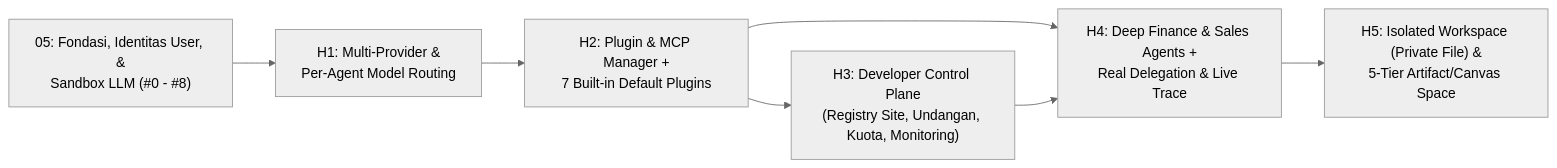
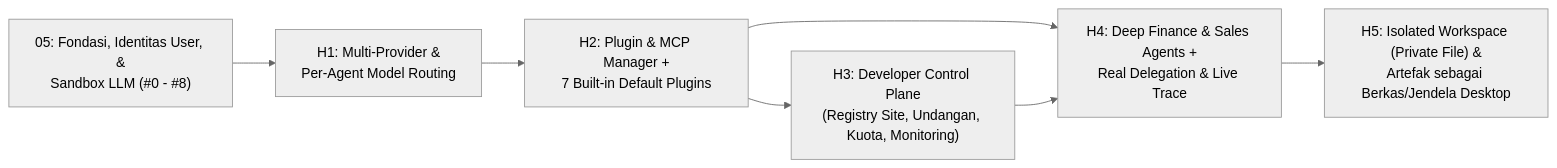
The diagram in docs/06-roadmap-pengembangan-harness.md (Tenshi1308/aios-frappe-16), drawn with Mermaid (neutral theme) before and after one commit. The commit also changed other lines of this file and 8 other files, not shown here.

````diff
--- a/docs/06-roadmap-pengembangan-harness.md
+++ b/docs/06-roadmap-pengembangan-harness.md
@@ -18,9 +18,9 @@
 ```mermaid
 flowchart LR
     F["05: Fondasi, Identitas User, &\nSandbox LLM (#0 - #8)"] --> H1["H1: Multi-Provider &\nPer-Agent Model Routing"]
     H1 --> H2["H2: Plugin & MCP Manager +\n7 Built-in Default Plugins"]
     H2 --> H3["H3: Developer Control Plane\n(Registry Site, Undangan, Kuota, Monitoring)"]
     H2 --> H4["H4: Deep Finance & Sales Agents +\nReal Delegation & Live Trace"]
     H3 --> H4
-    H4 --> H5["H5: Isolated Workspace (Private File) &\n5-Tier Artifact/Canvas Space"]
+    H4 --> H5["H5: Isolated Workspace (Private File) &\nArtefak sebagai Berkas/Jendela Desktop"]
 ```
````
